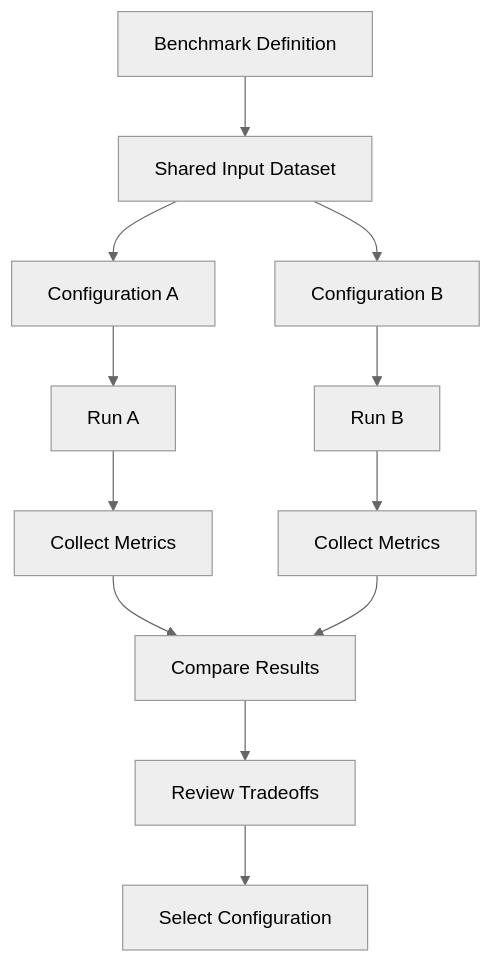
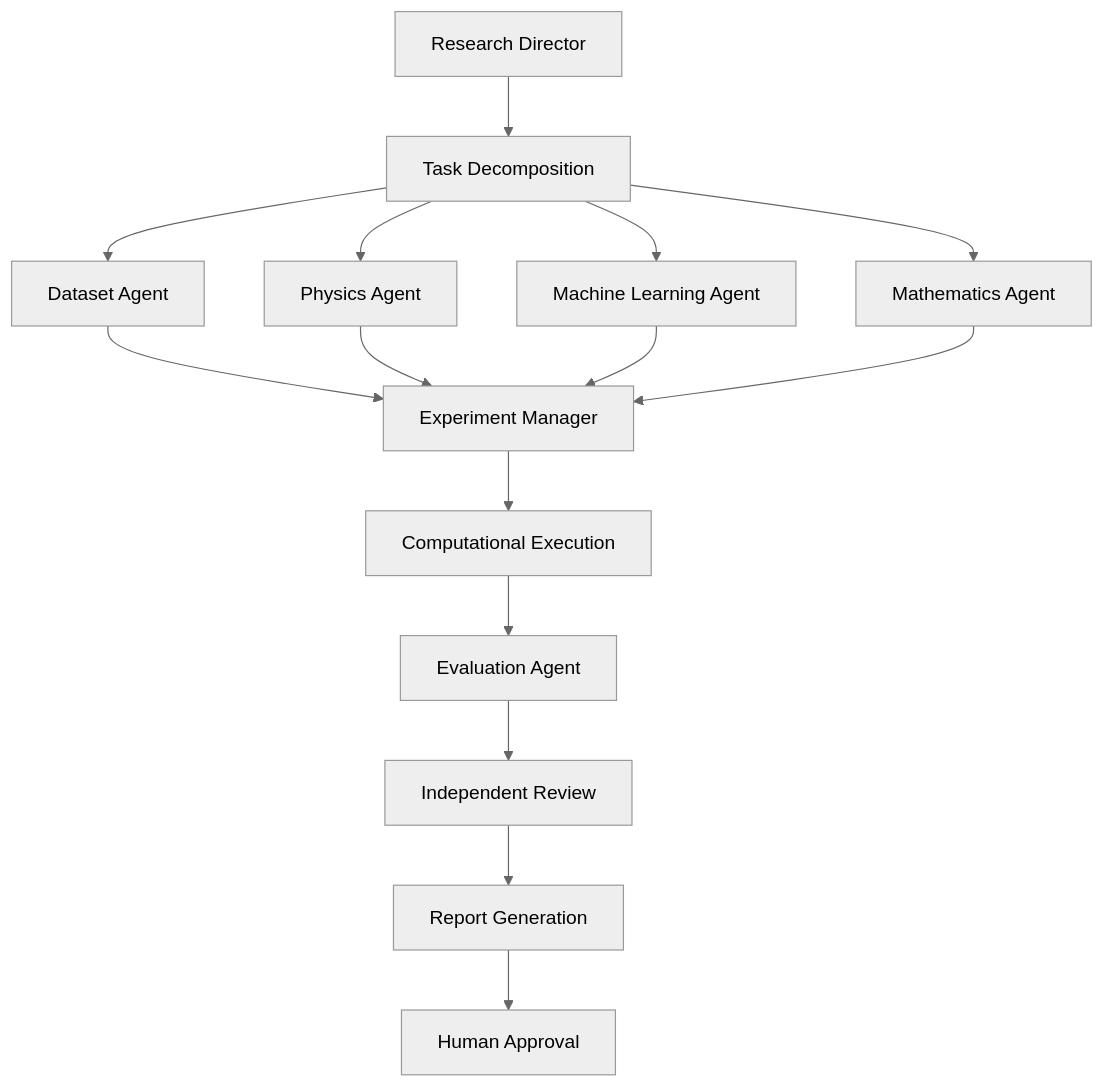
Diagram 12 of 13 in README.md (lucylow/woohoo-wonder-labs), drawn with Mermaid (neutral theme) before and after one commit. The commit also changed other lines of this file, not shown here.

````diff
--- a/README.md
+++ b/README.md
@@ -2050,20 +1889,20 @@
 ```mermaid
 flowchart TD
+    A[Research Director] --> B[Task Decomposition]
 
-    A["Benchmark Definition"] --> B["Shared Input Dataset"]
+    B --> C[Dataset Agent]
+    B --> D[Physics Agent]
+    B --> E[Machine Learning Agent]
+    B --> F[Mathematics Agent]
 
-    B --> C["Configuration A"]
-    B --> D["Configuration B"]
+    C --> G[Experiment Manager]
+    D --> G
+    E --> G
+    F --> G
 
-    C --> E["Run A"]
-    D --> F["Run B"]
-
-    E --> G["Collect Metrics"]
-    F --> H["Collect Metrics"]
-
-    G --> I["Compare Results"]
-    H --> I
-
-    I --> J["Review Tradeoffs"]
-    J --> K["Select Configuration"]
+    G --> H[Computational Execution]
+    H --> I[Evaluation Agent]
+    I --> J[Independent Review]
+    J --> K[Report Generation]
+    K --> L[Human Approval]
 ```
````
